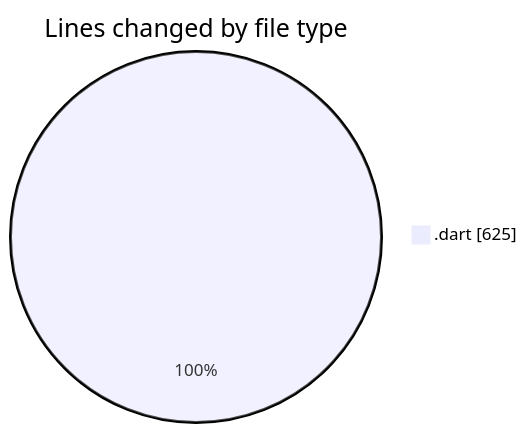
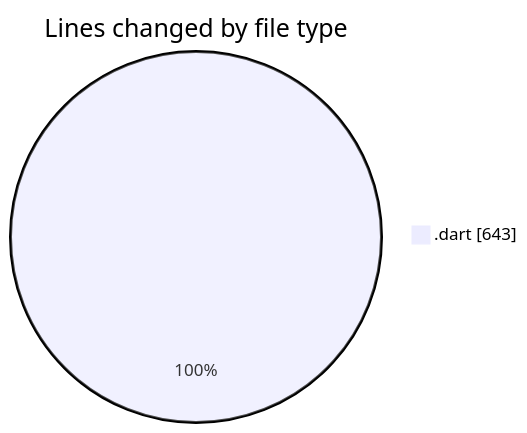
Before and after one commit to donsfak/code-tracking: the first of 2 diagrams in 2025-03-25/wordle/README.md, drawn with Mermaid. The commit also changed other lines of this file and 1 other file, not shown here.

````diff
--- a/2025-03-25/wordle/README.md
+++ b/2025-03-25/wordle/README.md
@@ -28,5 +28,5 @@
 ```mermaid
 pie showData
 title Lines changed by file type
-".dart" : 625
+".dart" : 643
 ```
````
